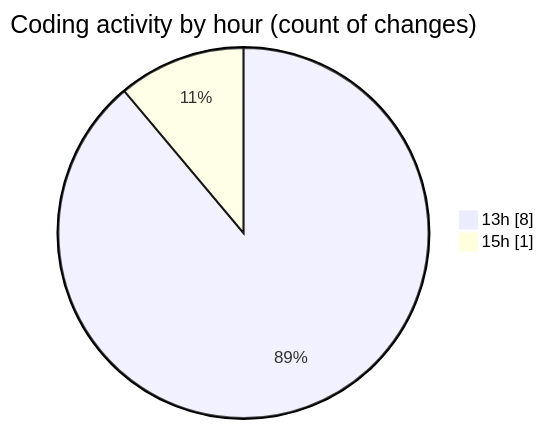
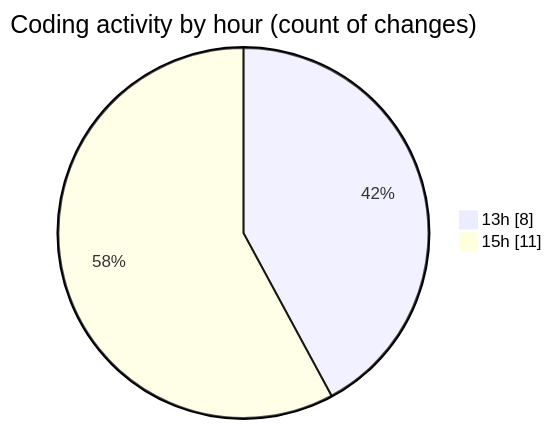
One commit to nxtqubesakshisongat/code-tracking changed the second of 2 diagrams in 2025-04-08/nxtqube_webapp/README.md. Above: the diagram before and after it, drawn with Mermaid. The commit also changed other lines of this file and 1 other file, not shown here.

````diff
--- a/2025-04-08/nxtqube_webapp/README.md
+++ b/2025-04-08/nxtqube_webapp/README.md
@@ -28,6 +28,6 @@
 ```mermaid
 pie showData
 title Coding activity by hour (count of changes)
 "13h" : 8
-"15h" : 1
+"15h" : 11
 ```
````
